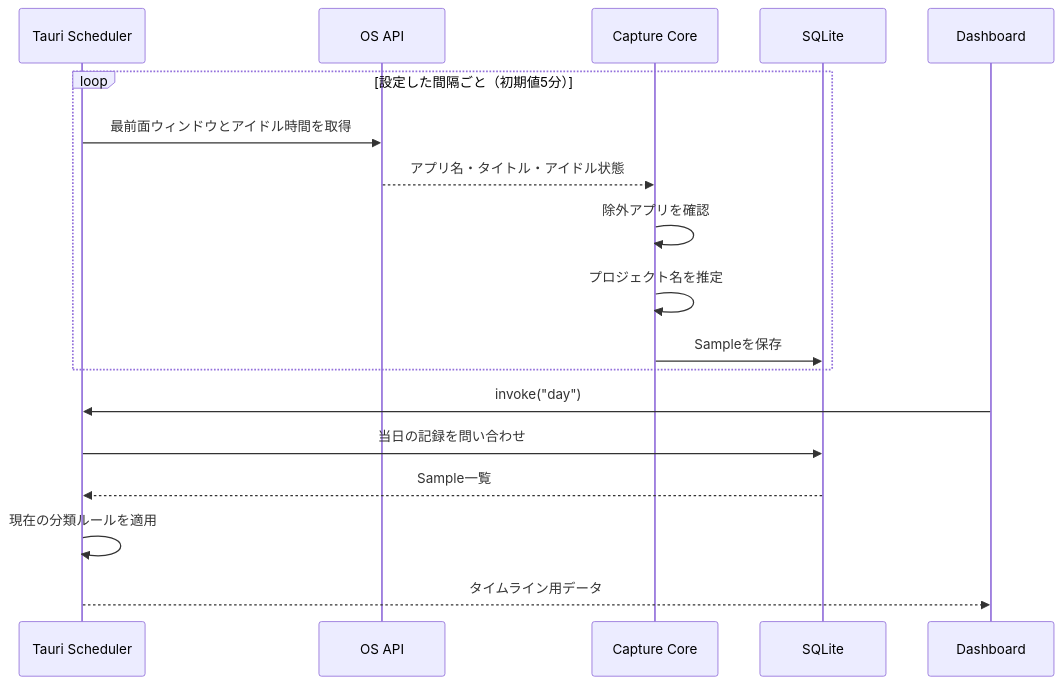
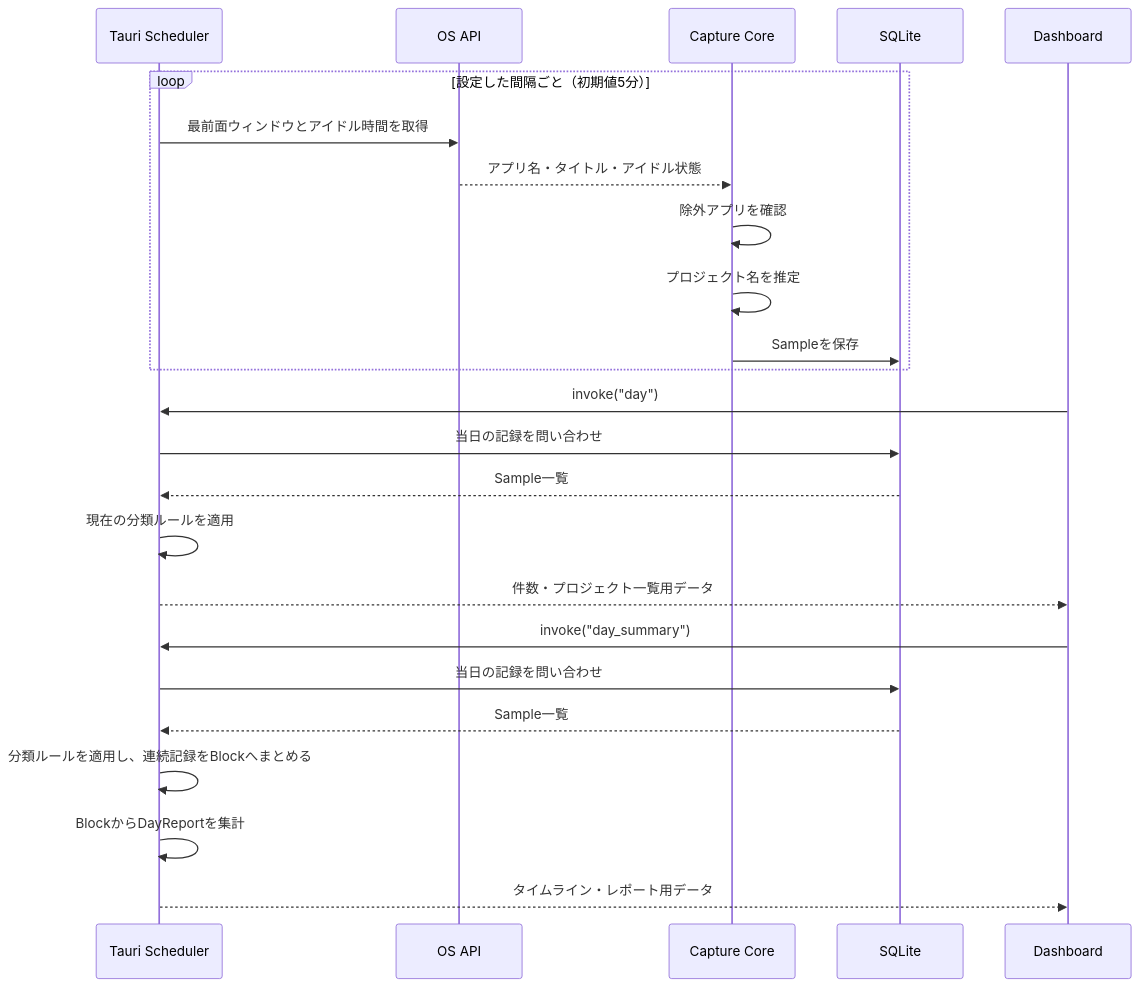
The second of 6 diagrams in ARCHITECTURE.md (yuta-sato-dev/worklog), drawn with Mermaid before and after one commit. The commit also changed other lines of this file and 8 other files, not shown here.

First line of the commit message:
Group timeline records and add daily report

````diff
--- a/ARCHITECTURE.md
+++ b/ARCHITECTURE.md
@@ -41,22 +43,29 @@
 ```mermaid
 sequenceDiagram
     participant Scheduler as Tauri Scheduler
     participant OS as OS API
     participant Core as Capture Core
     participant Store as SQLite
     participant UI as Dashboard
 
     loop 設定した間隔ごと（初期値5分）
         Scheduler->>OS: 最前面ウィンドウとアイドル時間を取得
         OS-->>Core: アプリ名・タイトル・アイドル状態
         Core->>Core: 除外アプリを確認
         Core->>Core: プロジェクト名を推定
         Core->>Store: Sampleを保存
     end
 
     UI->>Scheduler: invoke("day")
     Scheduler->>Store: 当日の記録を問い合わせ
     Store-->>Scheduler: Sample一覧
     Scheduler->>Scheduler: 現在の分類ルールを適用
-    Scheduler-->>UI: タイムライン用データ
+    Scheduler-->>UI: 件数・プロジェクト一覧用データ
+
+    UI->>Scheduler: invoke("day_summary")
+    Scheduler->>Store: 当日の記録を問い合わせ
+    Store-->>Scheduler: Sample一覧
+    Scheduler->>Scheduler: 分類ルールを適用し、連続記録をBlockへまとめる
+    Scheduler->>Scheduler: BlockからDayReportを集計
+    Scheduler-->>UI: タイムライン・レポート用データ
 ```
````
